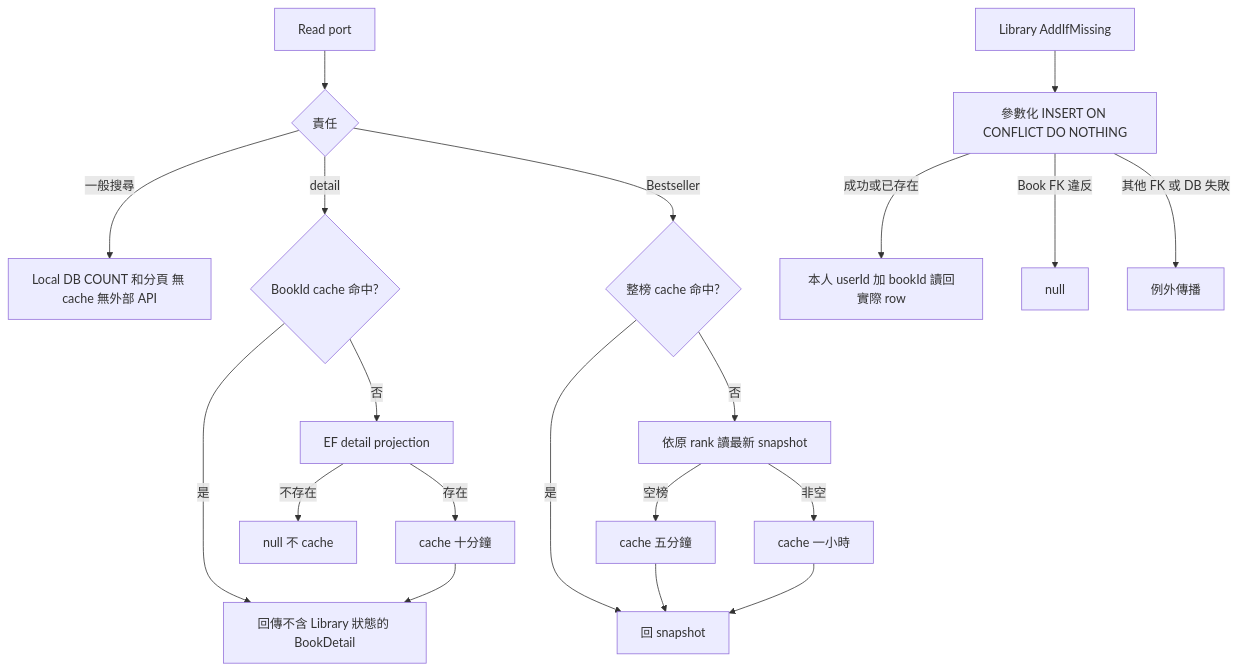
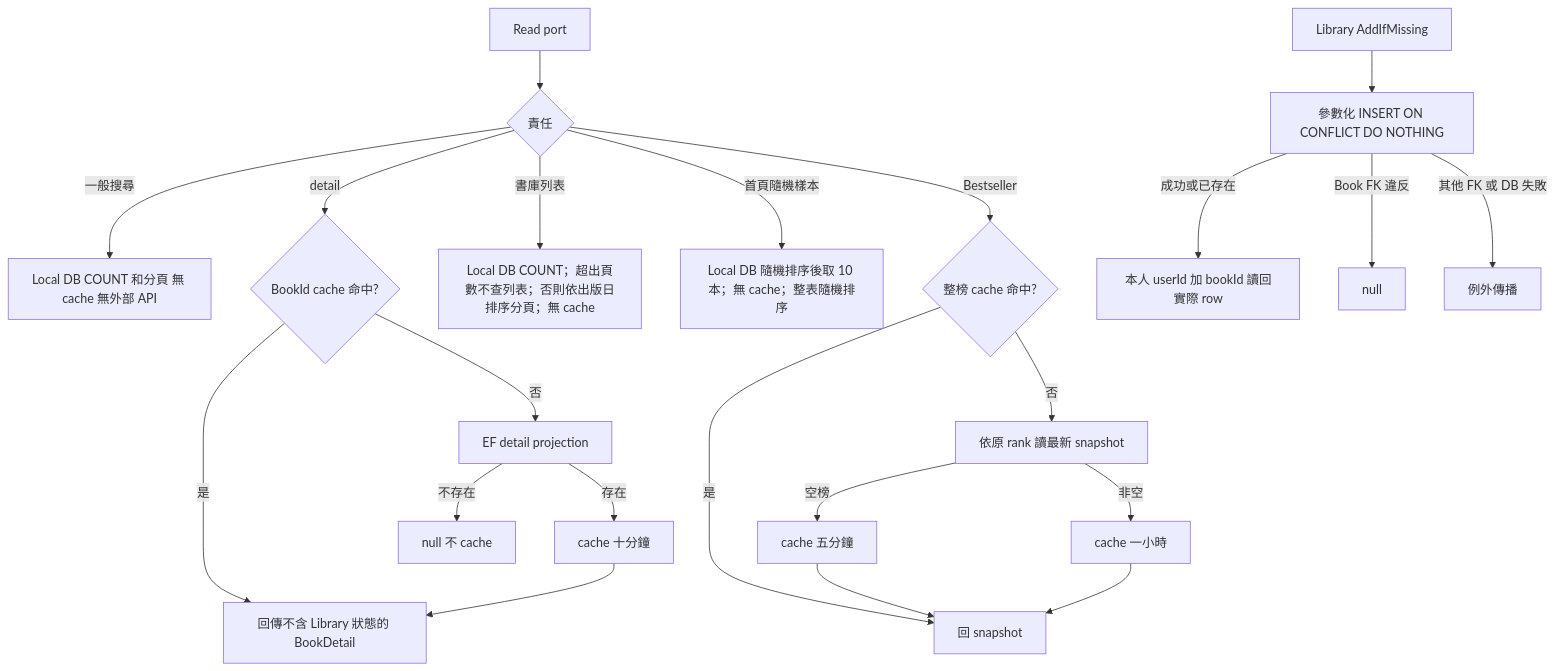
One commit to Arthur801/Book-Finder changed the third of 5 diagrams in Infrastructure/docs/workflow-diagram.md. Above: the diagram before and after it, drawn with Mermaid. The commit also changed other lines of this file and 13 other files, not shown here.

````diff
--- a/Infrastructure/docs/workflow-diagram.md
+++ b/Infrastructure/docs/workflow-diagram.md
@@ -65,22 +65,24 @@
 ```mermaid
 flowchart TD
   Read[Read port] --> Type{責任}
   Type -->|一般搜尋| Local[Local DB COUNT 和分頁 無 cache 無外部 API]
   Type -->|detail| Hit{BookId cache 命中?}
   Hit -->|是| Return[回傳不含 Library 狀態的 BookDetail]
   Hit -->|否| Load[EF detail projection]
   Load -->|存在| Cache[cache 十分鐘]
   Cache --> Return
   Load -->|不存在| Null[null 不 cache]
+  Type -->|書庫列表| Browse[Local DB COUNT；超出頁數不查列表；否則依出版日排序分頁；無 cache]
+  Type -->|首頁隨機樣本| Sample[Local DB 隨機排序後取 10 本；無 cache；整表隨機排序]
   Type -->|Bestseller| Snap{整榜 cache 命中?}
   Snap -->|否| Rank[依原 rank 讀最新 snapshot]
   Rank -->|空榜| Short[cache 五分鐘]
   Rank -->|非空| Long[cache 一小時]
   Snap -->|是| Done[回 snapshot]
   Short --> Done
   Long --> Done
   Add[Library AddIfMissing] --> Insert[參數化 INSERT ON CONFLICT DO NOTHING]
   Insert -->|成功或已存在| Own[本人 userId 加 bookId 讀回實際 row]
   Insert -->|Book FK 違反| Missing[null]
   Insert -->|其他 FK 或 DB 失敗| Error[例外傳播]
 ```
````
